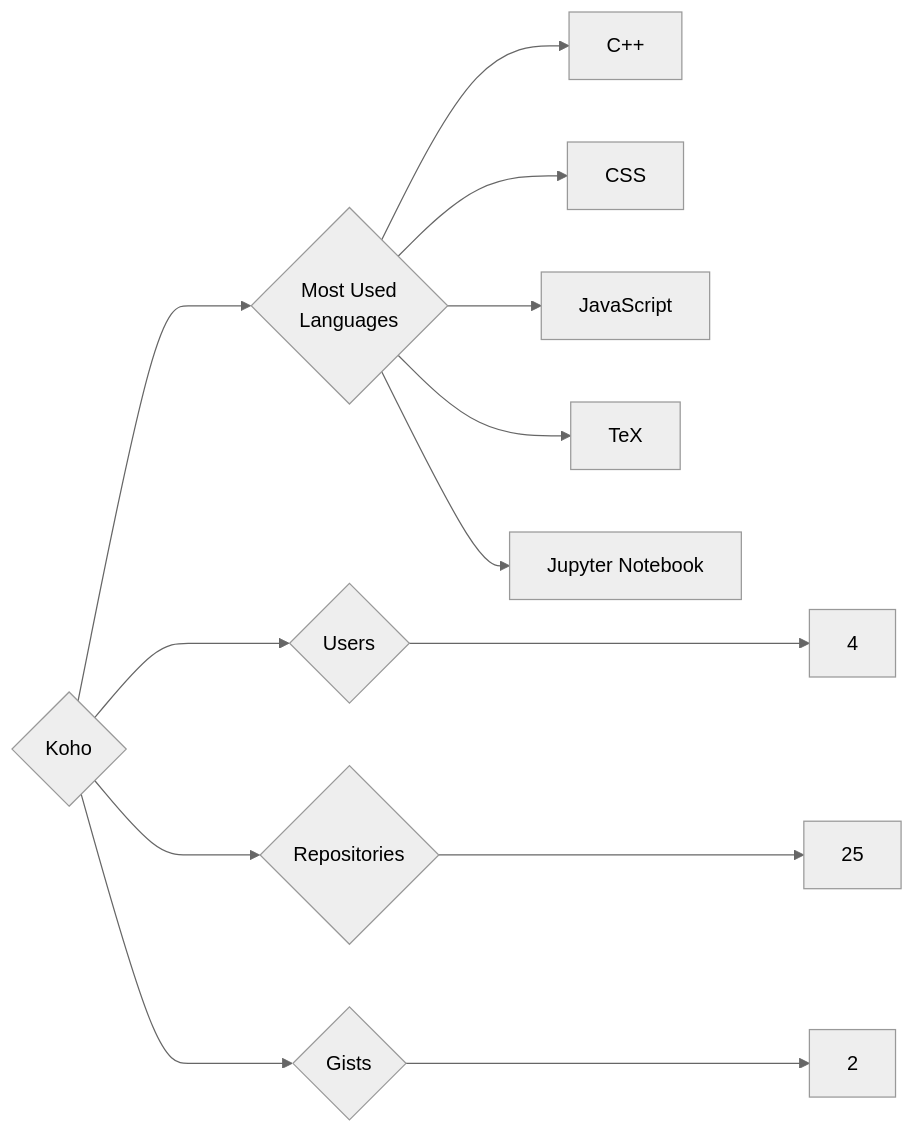
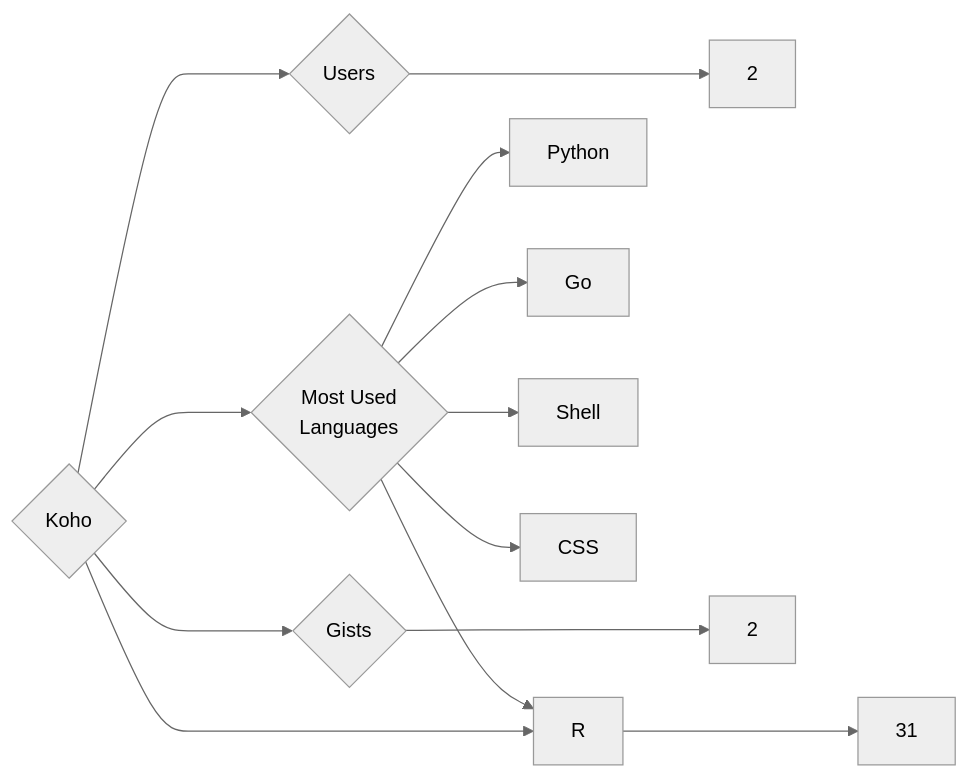
One commit to trickest/insiders changed the diagram in targets/Koho/README.md. Above: the diagram before and after it, drawn with Mermaid (neutral theme). The commit also changed 636 other files, not shown here.

````diff
--- a/targets/Koho/README.md
+++ b/targets/Koho/README.md
@@ -3,13 +3,13 @@
 ```mermaid
 graph LR
 COMPANY_NAME{Koho}
-COMPANY_NAME ---> U{Users} ---> UN[4]
-COMPANY_NAME ---> R{Repositories} ---> RN[25]
+COMPANY_NAME ---> U{Users} ---> UN[2]
+COMPANY_NAME ---> R{Repositories} ---> RN[31]
 COMPANY_NAME ---> G{Gists} ---> GN[2]
 COMPANY_NAME ---> ML{Most Used<br>Languages}
-ML --> C++[C++]
+ML --> Python[Python]
+ML --> Go[Go]
+ML --> Shell[Shell]
+ML --> R[R]
 ML --> CSS[CSS]
-ML --> JavaScript[JavaScript]
-ML --> TeX[TeX]
-ML --> Jupyter_Notebook[Jupyter Notebook]
 ```
````
